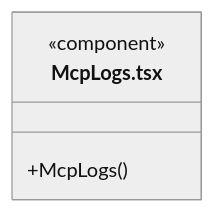
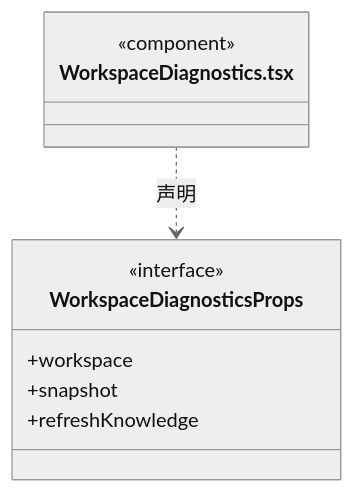
Before and after one commit to nan023062/cbim: the second of 3 diagrams in src/frontend/diagnostics/ARCHITECTURE.md, drawn with Mermaid (neutral theme). The commit also changed other lines of this file and 211 other files, not shown here.

````diff
--- a/src/frontend/diagnostics/ARCHITECTURE.md
+++ b/src/frontend/diagnostics/ARCHITECTURE.md
@@ -31,7 +29,13 @@
 ```mermaid
 classDiagram
-class N_src_frontend_diagnostics_McpLogs_tsx["McpLogs.tsx"] {
+class N_src_frontend_diagnostics_WorkspaceDiagnostics_tsx["WorkspaceDiagnostics.tsx"] {
   <<component>>
-  +McpLogs()
 }
+class N_src_frontend_diagnostics_WorkspaceDiagnostics_tsx_WorkspaceDiagnosticsProps["WorkspaceDiagnosticsProps"] {
+  <<interface>>
+  +workspace
+  +snapshot
+  +refreshKnowledge
+}
+N_src_frontend_diagnostics_WorkspaceDiagnostics_tsx ..> N_src_frontend_diagnostics_WorkspaceDiagnostics_tsx_WorkspaceDiagnosticsProps : 声明
 ```
````
